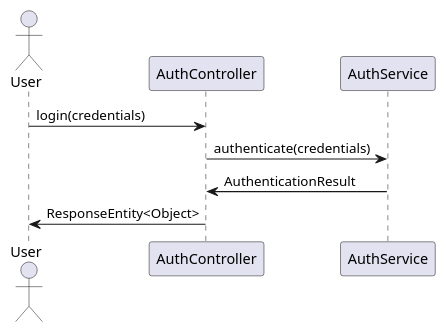
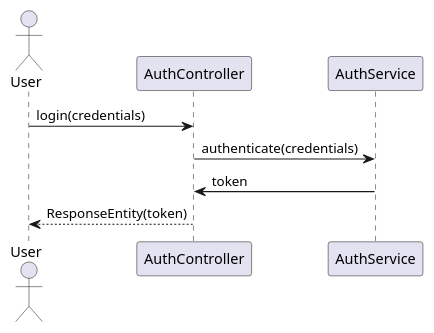
Before and after one commit to Dinesh-s95/AutoDoc.ai: the second of 4 diagrams in vehiclemanagement/documentation/detaileddesign.adoc, drawn with PlantUML. The commit also changed other lines of this file and 19 other files, not shown here.

```diff
--- a/vehiclemanagement/documentation/detaileddesign.adoc
+++ b/vehiclemanagement/documentation/detaileddesign.adoc
@@ -95,13 +84,13 @@
 [plantuml, authentication-sequence, png]
-....
+----
 @startuml
 actor User
-participant "AuthController" as AC
-participant "AuthService" as AS
+participant "AuthController" as Controller
+participant "AuthService" as Service
 
-User -> AC : login(credentials)
-AC -> AS : authenticate(credentials)
-AS -> AC : AuthenticationResult
-AC -> User : ResponseEntity<Object>
+User -> Controller : login(credentials)
+Controller -> Service : authenticate(credentials)
+Service -> Controller : token
+Controller --> User : ResponseEntity(token)
 @enduml
-....
+----
```
